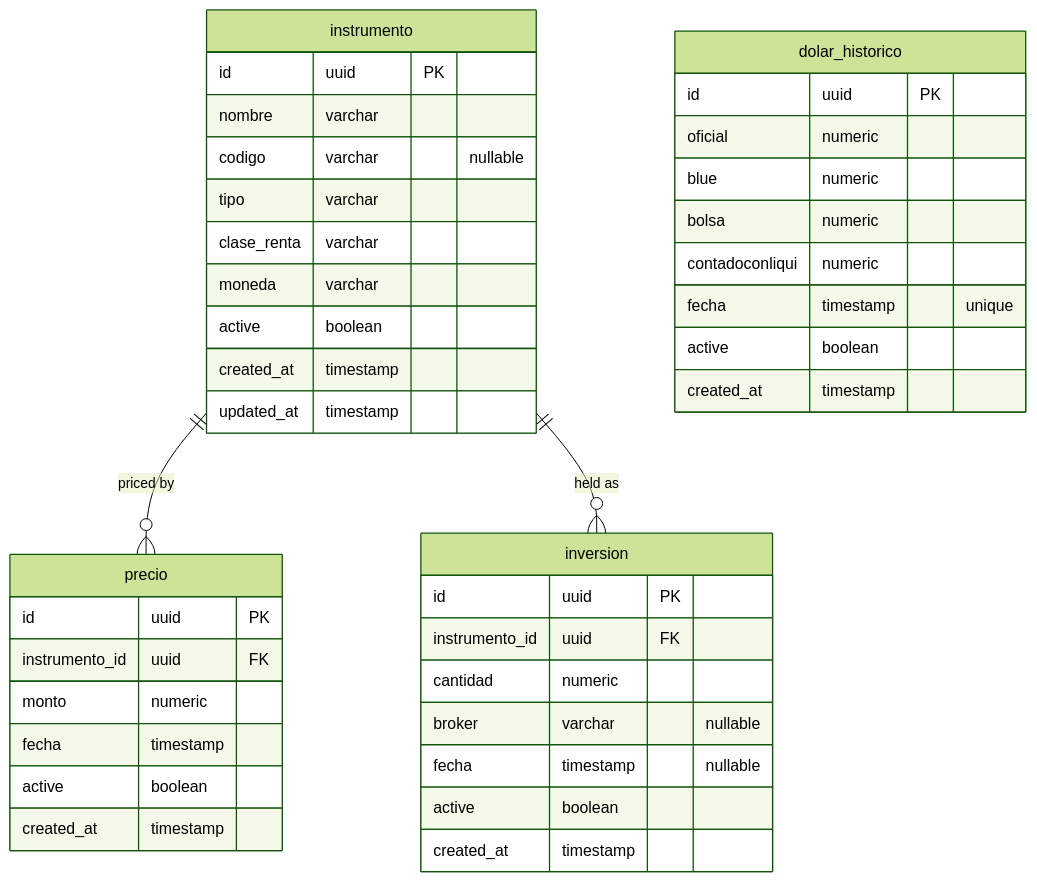
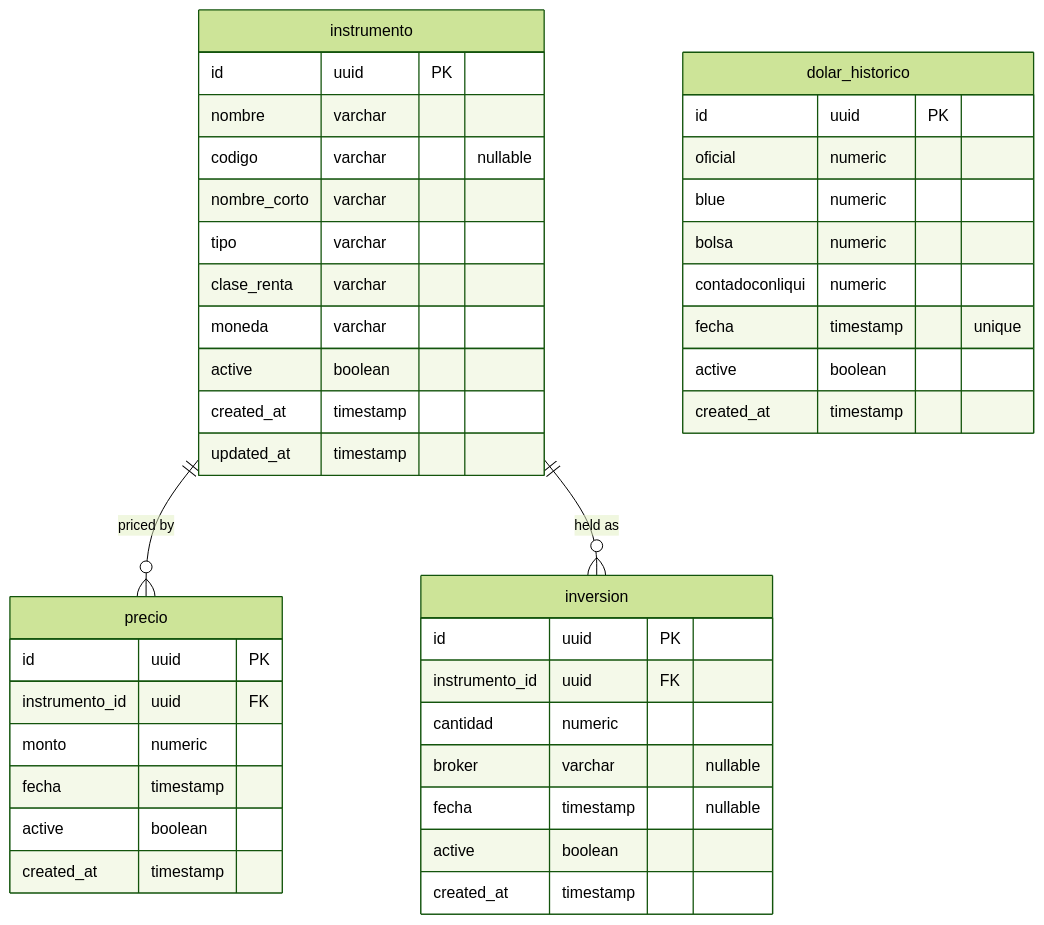
Before and after one commit to TomasNati/mis-gestiones: the third of 3 diagrams in docs/ECOSYSTEM_OVERVIEW.md, drawn with Mermaid (forest theme). The commit also changed 2 other files, not shown here.

Commit message:
Mejoras en Inversiones

````diff
--- a/docs/ECOSYSTEM_OVERVIEW.md
+++ b/docs/ECOSYSTEM_OVERVIEW.md
@@ -274,44 +274,45 @@
 ```mermaid
 erDiagram
     instrumento ||--o{ precio : "priced by"
     instrumento ||--o{ inversion : "held as"
 
     instrumento {
         id uuid PK
         nombre varchar
         codigo varchar "nullable"
+        nombre_corto varchar
         tipo varchar
         clase_renta varchar
         moneda varchar
         active boolean
         created_at timestamp
         updated_at timestamp
     }
     precio {
         id uuid PK
         instrumento_id uuid FK
         monto numeric
         fecha timestamp
         active boolean
         created_at timestamp
     }
     inversion {
         id uuid PK
         instrumento_id uuid FK
         cantidad numeric
         broker varchar "nullable"
         fecha timestamp "nullable"
         active boolean
         created_at timestamp
     }
     dolar_historico {
         id uuid PK
         oficial numeric
         blue numeric
         bolsa numeric
         contadoconliqui numeric
         fecha timestamp "unique"
         active boolean
         created_at timestamp
     }
 ```
````
